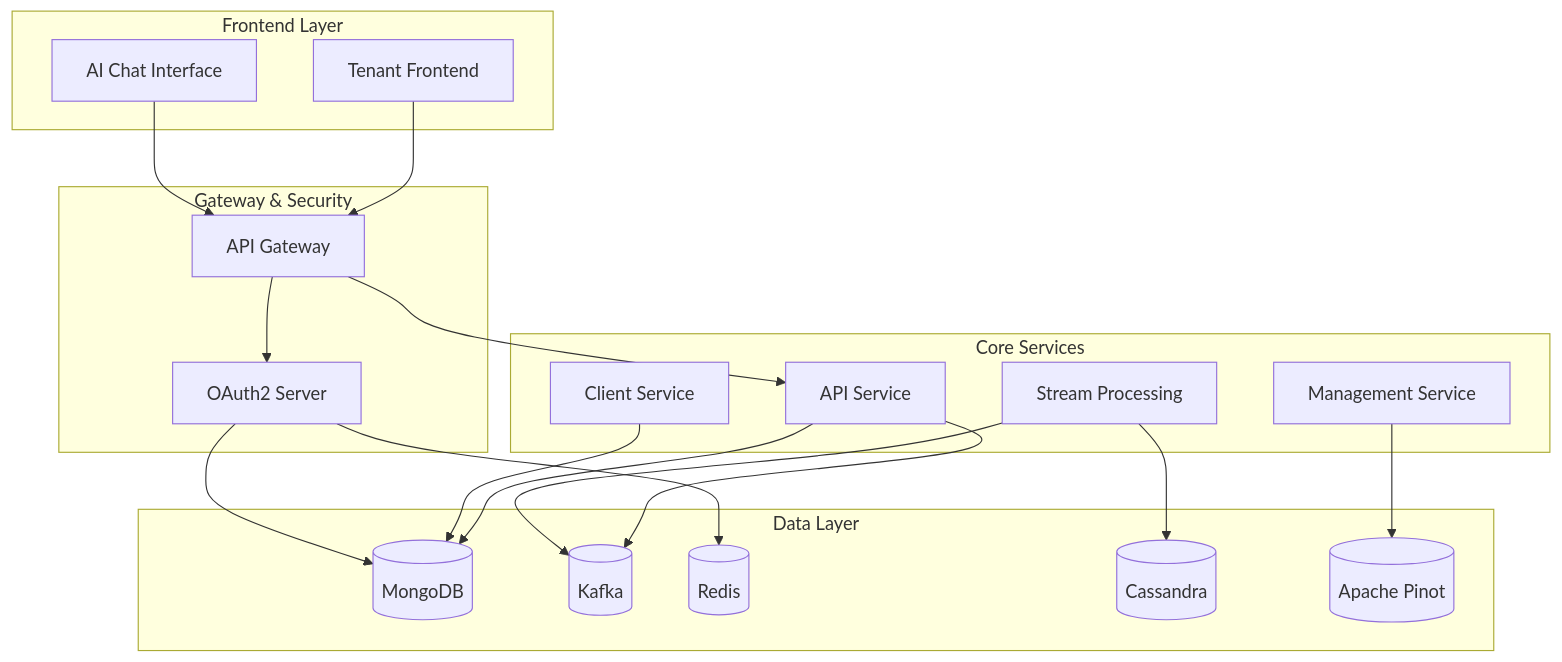
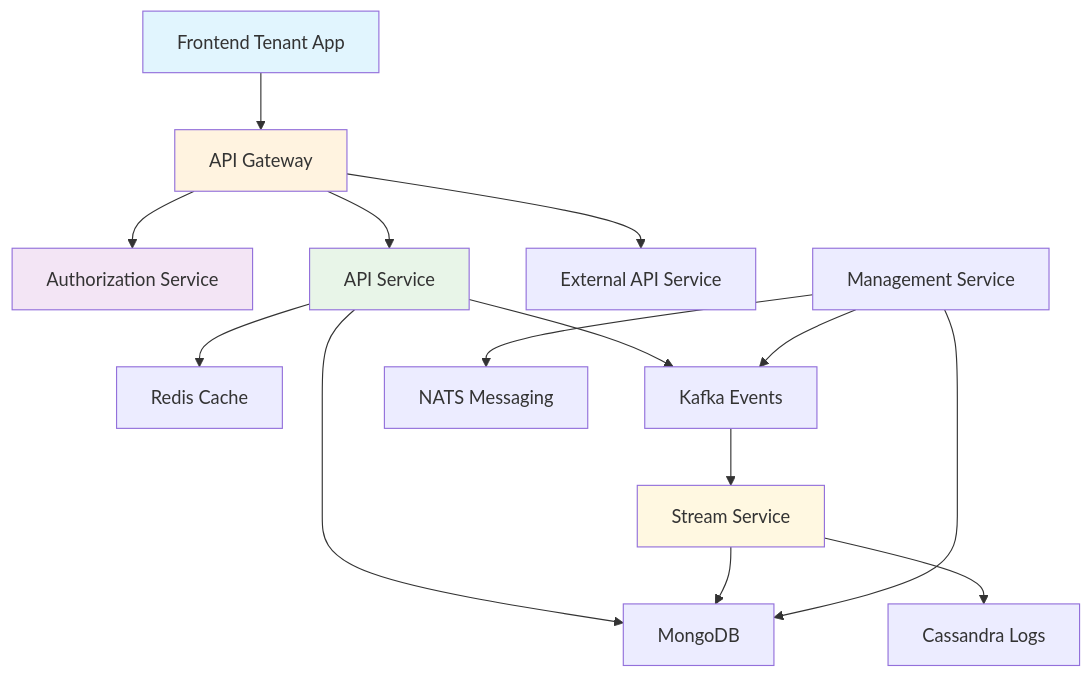
Before and after one commit to Praesto-Pro/openframe-oss-tenant: the diagram in docs/getting-started/introduction.md, drawn with Mermaid. The commit also changed other lines of this file and 174 other files, not shown here.

````diff
--- a/docs/getting-started/introduction.md
+++ b/docs/getting-started/introduction.md
@@ -45,42 +45,25 @@
 ```mermaid
-graph TB
-    subgraph "Frontend Layer"
-        TenantUI[Tenant Frontend]
-        ChatUI[AI Chat Interface]
-    end
+graph TD
+    A[Frontend Tenant App] --> B[API Gateway]
+    B --> C[Authorization Service]
+    B --> D[API Service]
+    B --> E[External API Service]
     
-    subgraph "Gateway & Security"
-        Gateway[API Gateway]
-        AuthServer[OAuth2 Server]
-    end
+    D --> F[MongoDB]
+    D --> G[Redis Cache]
+    D --> H[Kafka Events]
     
-    subgraph "Core Services"
-        ApiService[API Service]
-        StreamService[Stream Processing]
-        ManagementService[Management Service]
-        ClientService[Client Service]
-    end
+    H --> I[Stream Service]
+    I --> F
+    I --> J[Cassandra Logs]
     
-    subgraph "Data Layer"
-        MongoDB[(MongoDB)]
-        Kafka[(Kafka)]
-        Redis[(Redis)]
-        Cassandra[(Cassandra)]
-        Pinot[(Apache Pinot)]
-    end
+    K[Management Service] --> F
+    K --> H
+    K --> L[NATS Messaging]
     
-    TenantUI --> Gateway
-    ChatUI --> Gateway
-    Gateway --> AuthServer
-    Gateway --> ApiService
-    
-    ApiService --> MongoDB
-    ApiService --> Kafka
-    StreamService --> Kafka
-    StreamService --> Cassandra
-    ManagementService --> Pinot
-    ClientService --> MongoDB
-    
-    AuthServer --> MongoDB
-    AuthServer --> Redis
+    style A fill:#e1f5fe
+    style B fill:#fff3e0
+    style C fill:#f3e5f5
+    style D fill:#e8f5e8
+    style I fill:#fff8e1
 ```
````
